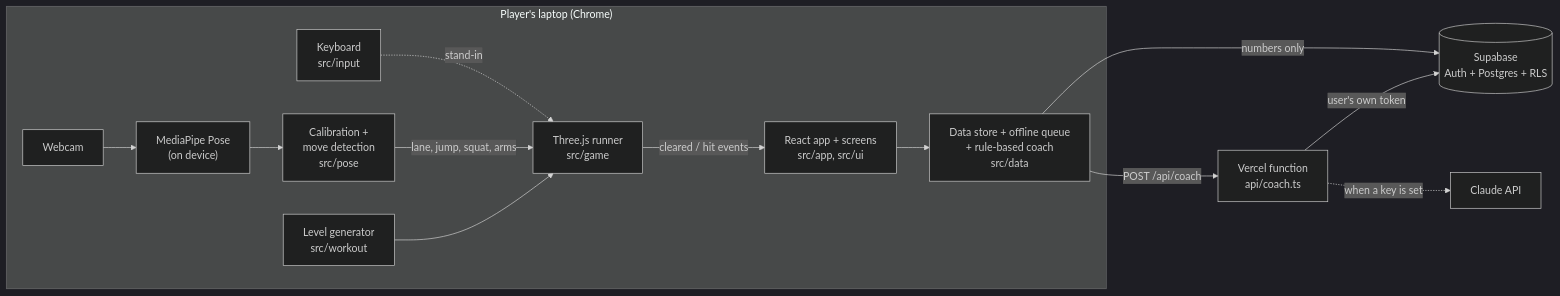
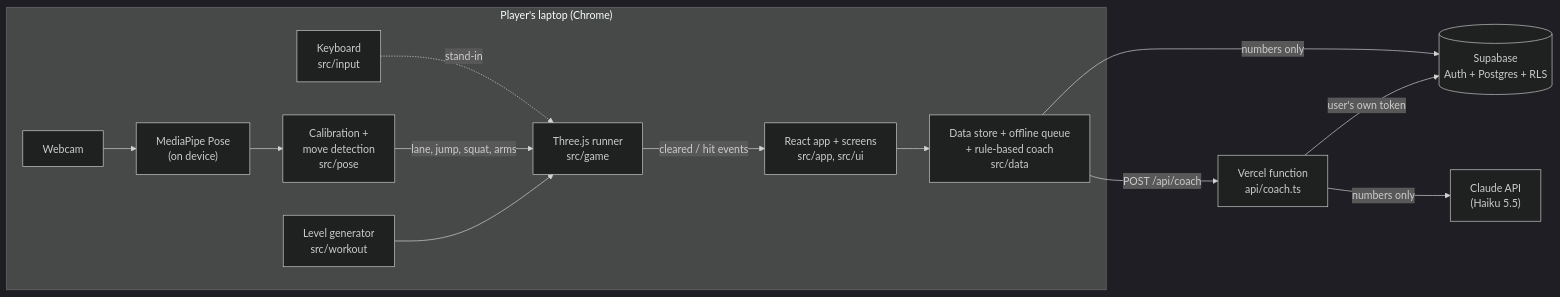
Before and after one commit to gregorysudjian/CodeJam: the diagram in README.md, drawn with Mermaid (dark theme). The commit also changed other lines of this file and 46 other files, not shown here.

````diff
--- a/README.md
+++ b/README.md
@@ -79,16 +79,16 @@
 ```mermaid
 flowchart LR
   subgraph Laptop["Player's laptop (Chrome)"]
     Cam["Webcam"] --> MP["MediaPipe Pose<br/>(on device)"]
     MP --> Pose["Calibration +<br/>move detection<br/>src/pose"]
     Kb["Keyboard<br/>src/input"] -. "stand-in" .-> Game
     Pose -- "lane, jump, squat, arms" --> Game["Three.js runner<br/>src/game"]
     Gen["Level generator<br/>src/workout"] --> Game
     Game -- "cleared / hit events" --> App["React app + screens<br/>src/app, src/ui"]
     App --> Store["Data store + offline queue<br/>+ rule-based coach<br/>src/data"]
   end
   Store -- "numbers only" --> SB[("Supabase<br/>Auth + Postgres + RLS")]
   Store -- "POST /api/coach" --> API["Vercel function<br/>api/coach.ts"]
   API -- "user's own token" --> SB
-  API -. "when a key is set" .-> Claude["Claude API"]
+  API -- "numbers only" --> Claude["Claude API<br/>(Haiku 5.5)"]
 ```
````
